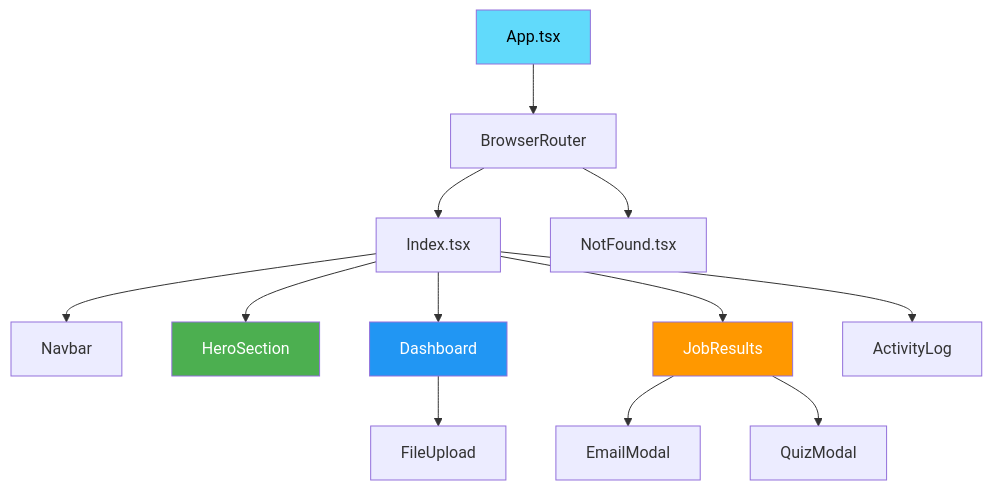
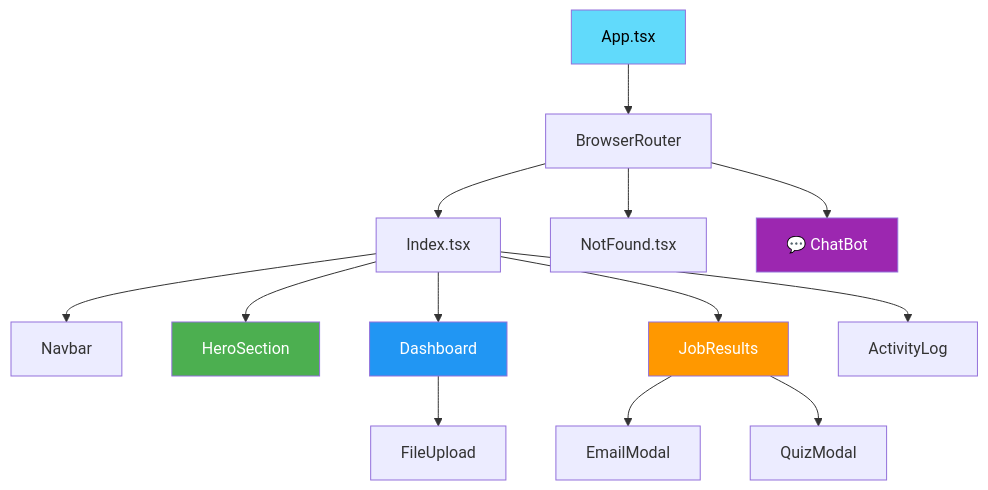
The eighth of 8 diagrams in README.md (SairajMN/StudentAi), drawn with Mermaid before and after one commit. The commit also changed other lines of this file and 2 other files, not shown here.

Commit message:
Chat bot added

````diff
--- a/README.md
+++ b/README.md
@@ -465,21 +467,23 @@
 ```mermaid
 graph TD
     App[App.tsx] --> Router[BrowserRouter]
     Router --> Index[Index.tsx]
     Router --> NotFound[NotFound.tsx]
 
     Index --> Navbar[Navbar]
     Index --> Hero[HeroSection]
     Index --> Dashboard[Dashboard]
     Index --> Results[JobResults]
     Index --> Activity[ActivityLog]
 
     Dashboard --> FileUpload[FileUpload]
     Results --> EmailModal[EmailModal]
     Results --> QuizModal[QuizModal]
+    Router --> ChatBot[💬 ChatBot]
 
     style App fill:#61DAFB,color:black
     style Hero fill:#4CAF50,color:white
     style Dashboard fill:#2196F3,color:white
     style Results fill:#FF9800,color:white
+    style ChatBot fill:#9C27B0,color:white
 ```
````
